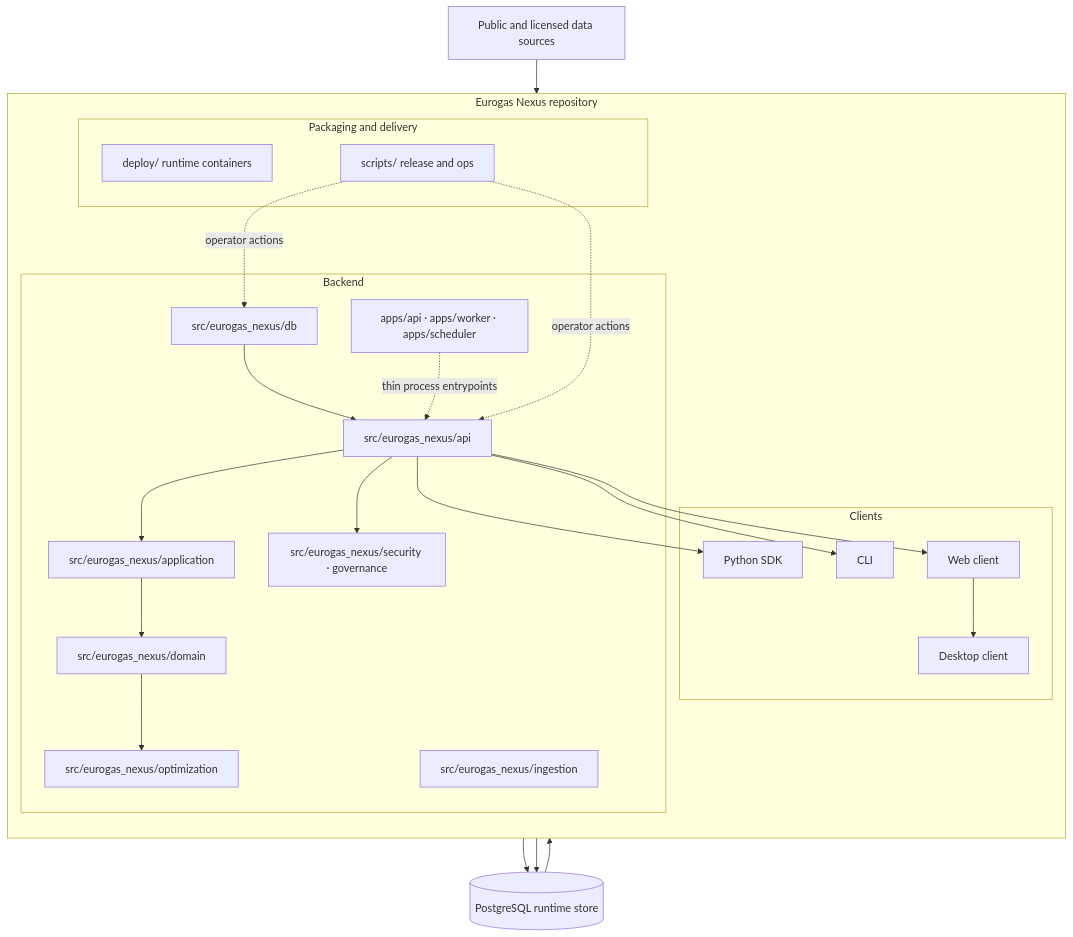
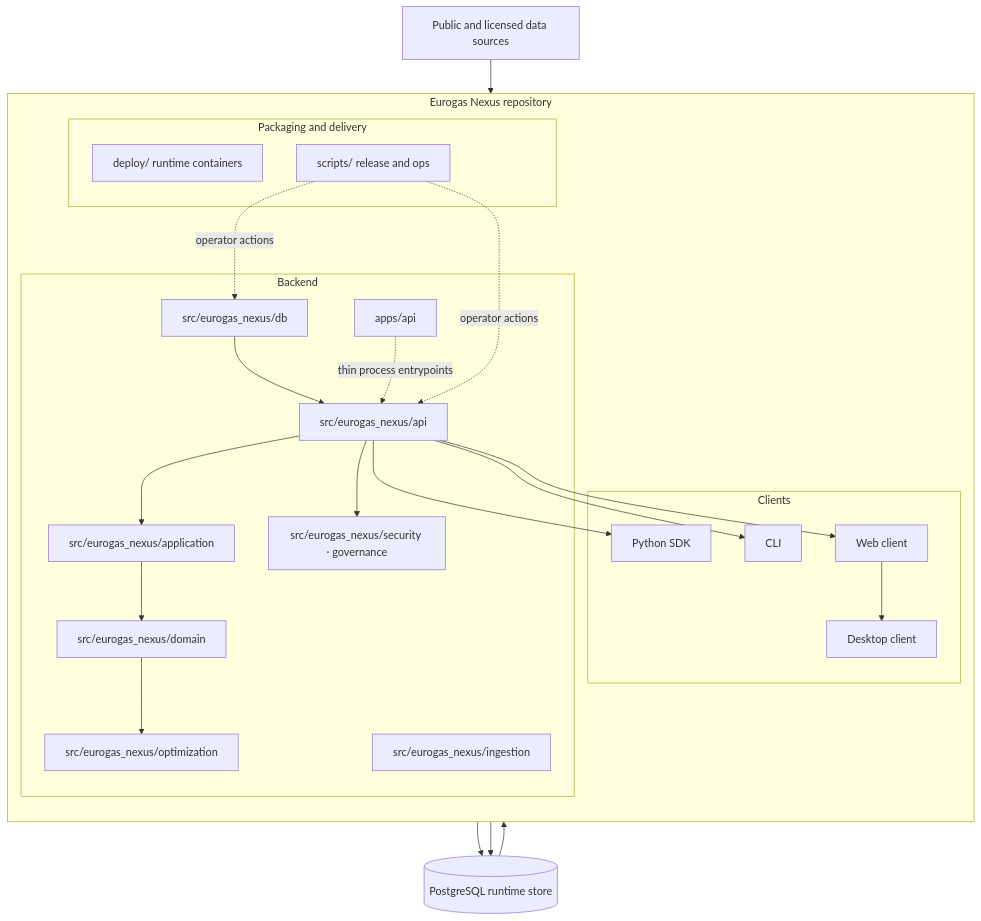
Before and after one commit to AlexYuhuFeng/EurogasNexus: the diagram in README.md, drawn with Mermaid. The commit also changed 10 other files, not shown here.

````diff
--- a/README.md
+++ b/README.md
@@ -51,47 +51,47 @@
 ```mermaid
 flowchart TB
     subgraph Repo["Eurogas Nexus repository"]
         direction TB
         subgraph Backend["Backend"]
-            Apps["apps/api · apps/worker · apps/scheduler"]
+            Apps["apps/api"]
             Ing["src/eurogas_nexus/ingestion"]
             Api["src/eurogas_nexus/api"]
             App["src/eurogas_nexus/application"]
             Domain["src/eurogas_nexus/domain"]
             Db["src/eurogas_nexus/db"]
             Opt["src/eurogas_nexus/optimization"]
             Gov["src/eurogas_nexus/security · governance"]
         end
 
         subgraph Clients["Clients"]
             SDK["Python SDK"]
             CLI["CLI"]
             Web["Web client"]
             Desktop["Desktop client"]
         end
 
         subgraph Delivery["Packaging and delivery"]
             Deploy["deploy/ runtime containers"]
             Scripts["scripts/ release and ops"]
         end
     end
 
     Sources["Public and licensed data sources"] --> Ing
     Ing --> PG[("PostgreSQL runtime store")]
     PG --> Db
     Db --> Api
     Api --> App
     App --> Domain
     Domain --> Opt
     Api --> Gov
 
     Apps -. "thin process entrypoints" .-> Api
     Api --> SDK
     Api --> CLI
     Api --> Web
     Web --> Desktop
 
     Deploy --> PG
     Scripts -. "operator actions" .-> Db
     Scripts -. "operator actions" .-> Api
 ```
````
